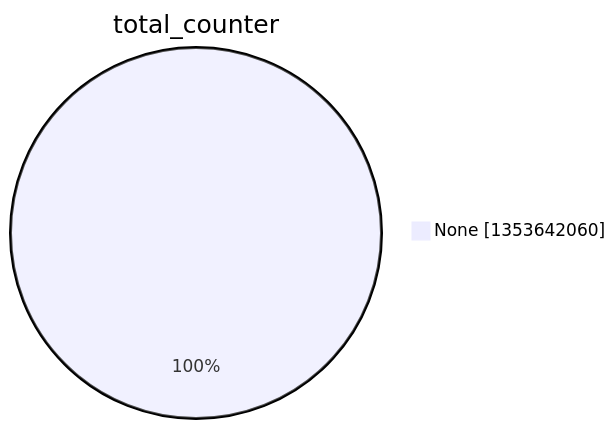
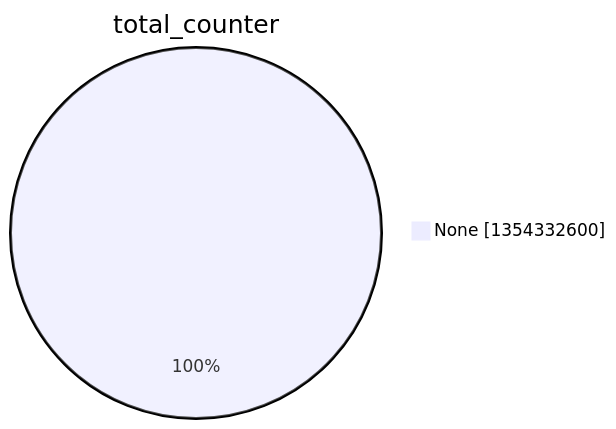
One commit to christiankrug/ctmonitor_visualization changed the second of 15 diagrams in argon2022/README.md. Above: the diagram before and after it, drawn with Mermaid. The commit also changed other lines of this file, not shown here.

````diff
--- a/argon2022/README.md
+++ b/argon2022/README.md
@@ -9,5 +9,5 @@
 ```mermaid
 pie showData
 title total_counter
-"None" :1353642060
+"None" :1354332600
 ```
````
